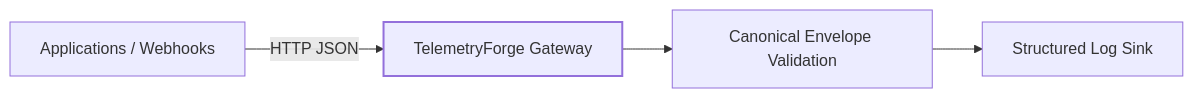
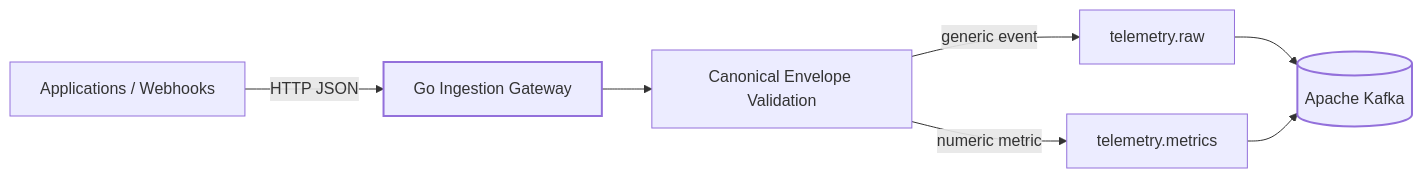
The diagram in README.md (fuhrdan/TelemetryForge), drawn with Mermaid before and after one commit. The commit also changed other lines of this file and 28 other files, not shown here.

````diff
--- a/README.md
+++ b/README.md
@@ -23,8 +23,12 @@
 ```mermaid
 flowchart LR
-    A[Applications / Webhooks] -->|HTTP JSON| G[TelemetryForge Gateway]
+    A[Applications / Webhooks] -->|HTTP JSON| G[Go Ingestion Gateway]
     G --> V[Canonical Envelope Validation]
-    V --> L[Structured Log Sink]
+    V -->|generic event| R[telemetry.raw]
+    V -->|numeric metric| M[telemetry.metrics]
+    R --> K[(Apache Kafka)]
+    M --> K
 
     style G stroke-width:2px
+    style K stroke-width:2px
 ```
````
